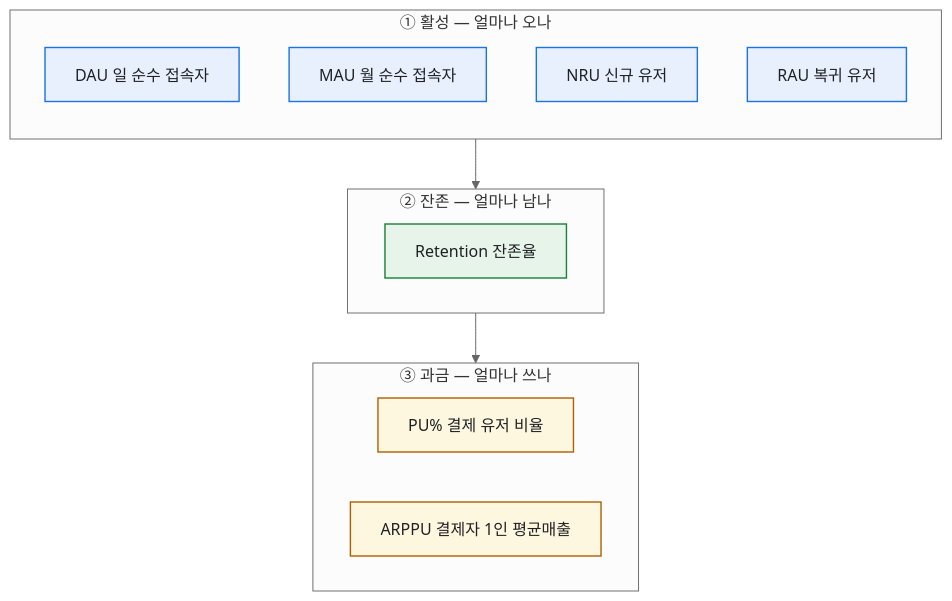
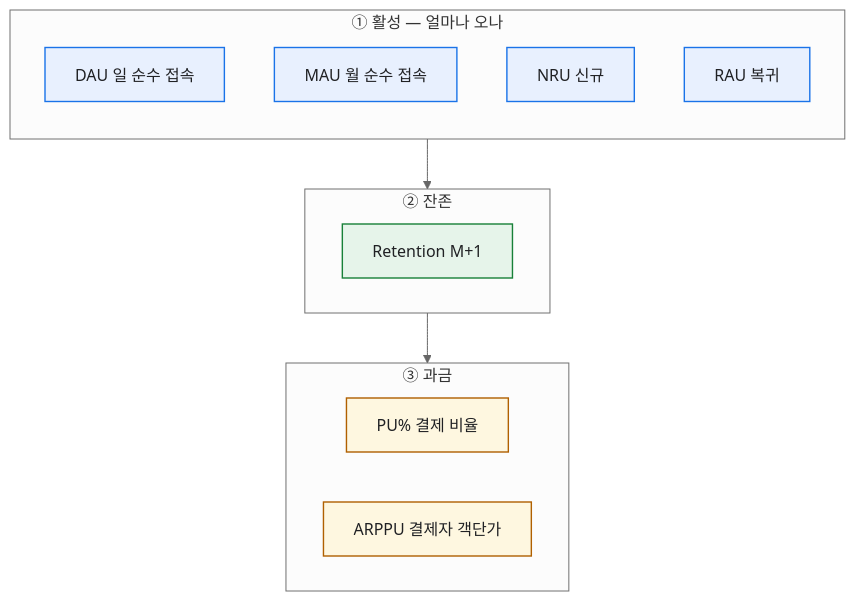
Before and after one commit to DBhyeong/DBhyeong.github.io: the second of 3 diagrams in content/blog/game-metrics-7-definitions.md, drawn with Mermaid (neutral theme). The commit also changed other lines of this file and 9 other files, not shown here.

````diff
--- a/content/blog/game-metrics-7-definitions.md
+++ b/content/blog/game-metrics-7-definitions.md
@@ -19,25 +34,24 @@
 ```mermaid
 flowchart TB
   classDef act fill:#e8f0fe,stroke:#1a73e8,stroke-width:1.4px,color:#202124
   classDef ret fill:#e6f4ea,stroke:#188038,stroke-width:1.4px,color:#202124
   classDef pay fill:#fef7e0,stroke:#b06000,stroke-width:1.4px,color:#202124
-
   subgraph A ["① 활성 — 얼마나 오나"]
     direction TB
-    DAU["DAU 일 순수 접속자"]
-    MAU["MAU 월 순수 접속자"]
-    NRU["NRU 신규 유저"]
-    RAU["RAU 복귀 유저"]
+    DAU["DAU 일 순수 접속"]
+    MAU["MAU 월 순수 접속"]
+    NRU["NRU 신규"]
+    RAU["RAU 복귀"]
   end
-  subgraph R ["② 잔존 — 얼마나 남나"]
-    RET["Retention 잔존율"]
+  subgraph R ["② 잔존"]
+    RET["Retention M+1"]
   end
-  subgraph P ["③ 과금 — 얼마나 쓰나"]
-    PU["PU% 결제 유저 비율"]
-    ARPPU["ARPPU 결제자 1인 평균매출"]
+  subgraph P ["③ 과금"]
+    PU["PU% 결제 비율"]
+    ARPPU["ARPPU 결제자 객단가"]
   end
   A --> R --> P
   class DAU,MAU,NRU,RAU act
   class RET ret
   class PU,ARPPU pay
 ```
````
